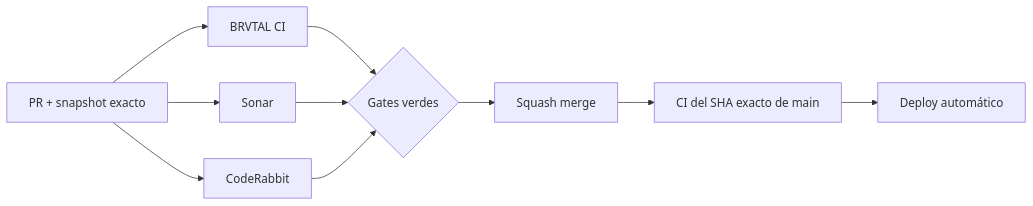
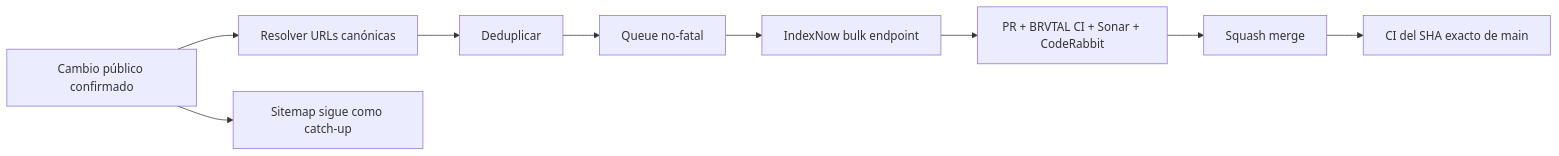
One commit to pl0n3r/brvtal changed the diagram in README.md. Above: the diagram before and after it, drawn with Mermaid. The commit also changed other lines of this file, not shown here.

Commit message:
docs: snapshot IndexNow deploy

````diff
--- a/README.md
+++ b/README.md
@@ -27,12 +28,11 @@
 ```mermaid
 flowchart LR
-    A["PR + snapshot exacto"] --> B["BRVTAL CI"]
-    A --> C["Sonar"]
-    A --> D["CodeRabbit"]
-    B --> E{"Gates verdes"}
-    C --> E
-    D --> E
-    E --> F["Squash merge"]
-    F --> G["CI del SHA exacto de main"]
-    G --> H["Deploy automático"]
+    A["Cambio público confirmado"] --> B["Resolver URLs canónicas"]
+    B --> C["Deduplicar"]
+    C --> D["Queue no-fatal"]
+    D --> E["IndexNow bulk endpoint"]
+    A --> F["Sitemap sigue como catch-up"]
+    E --> G["PR + BRVTAL CI + Sonar + CodeRabbit"]
+    G --> H["Squash merge"]
+    H --> I["CI del SHA exacto de main"]
 ```
````
